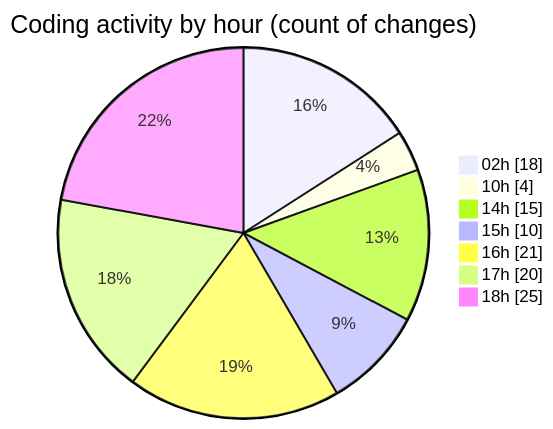
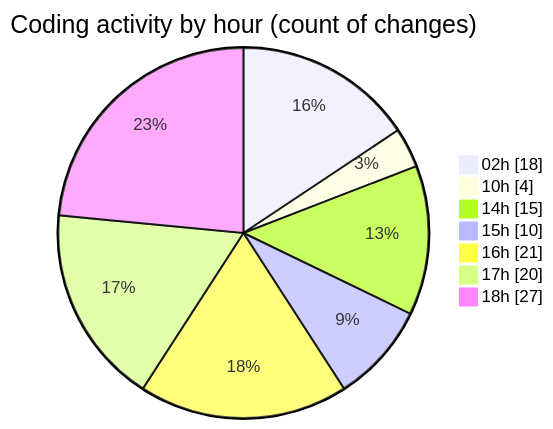
One commit to julien-gomy/code-tracking changed the second of 2 diagrams in 2025-10-15/eventscop-frontend-guide__workspace_/README.md. Above: the diagram before and after it, drawn with Mermaid. The commit also changed other lines of this file and 1 other file, not shown here.

````diff
--- a/2025-10-15/eventscop-frontend-guide__workspace_/README.md
+++ b/2025-10-15/eventscop-frontend-guide__workspace_/README.md
@@ -57,11 +57,11 @@
 ```mermaid
 pie showData
 title Coding activity by hour (count of changes)
 "02h" : 18
 "10h" : 4
 "14h" : 15
 "15h" : 10
 "16h" : 21
 "17h" : 20
-"18h" : 25
+"18h" : 27
 ```
````
